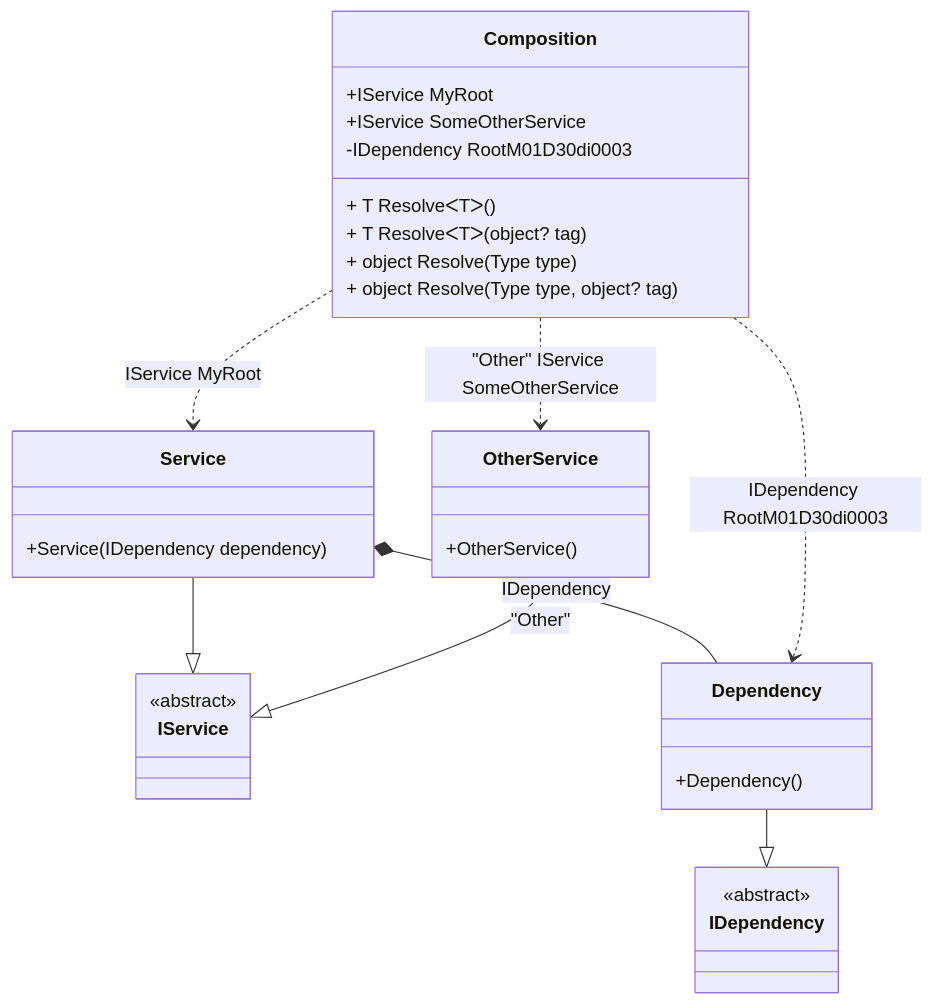
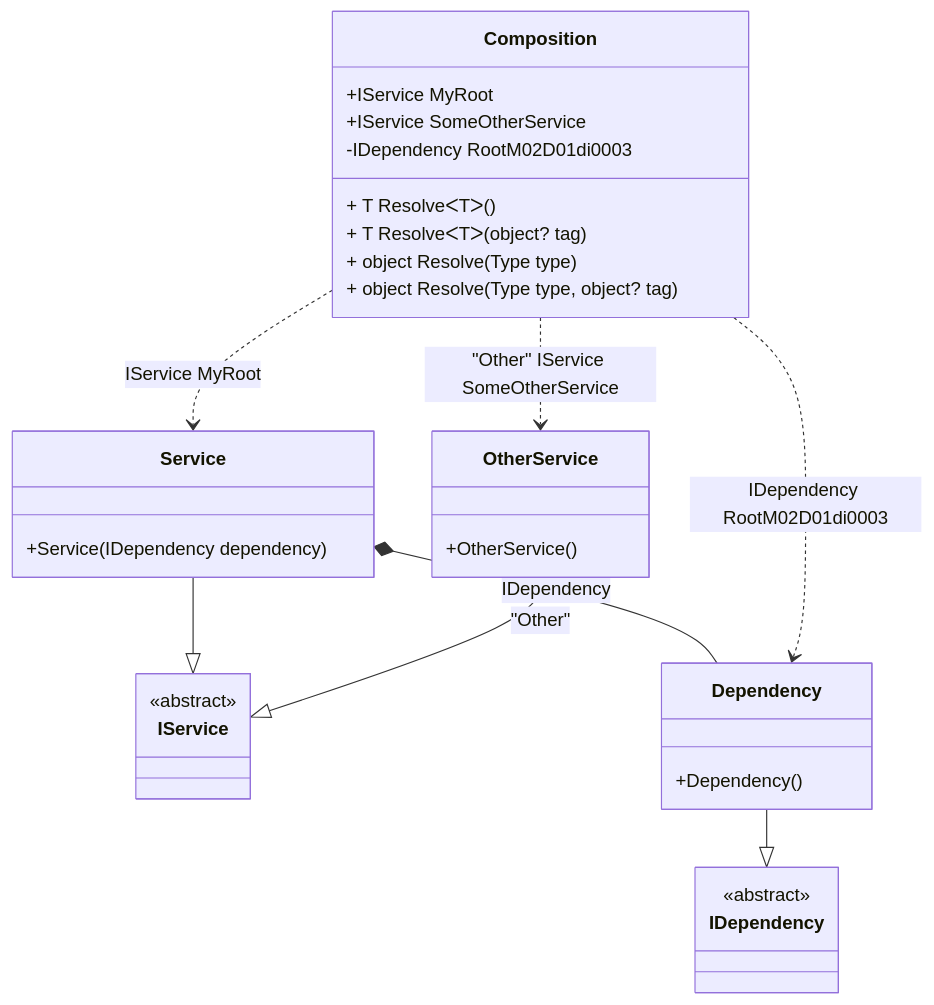
Before and after one commit to DevTeam/Pure.DI: the diagram in readme/composition-roots.md, drawn with Mermaid. The commit also changed other lines of this file and 80 other files, not shown here.

````diff
--- a/readme/composition-roots.md
+++ b/readme/composition-roots.md
@@ -66,34 +66,34 @@
 ```mermaid
 classDiagram
   class Composition {
     +IService MyRoot
     +IService SomeOtherService
-    -IDependency RootM01D30di0003
+    -IDependency RootM02D01di0003
     + T ResolveᐸTᐳ()
     + T ResolveᐸTᐳ(object? tag)
     + object Resolve(Type type)
     + object Resolve(Type type, object? tag)
   }
   Service --|> IService : 
   class Service {
     +Service(IDependency dependency)
   }
   OtherService --|> IService : "Other" 
   class OtherService {
     +OtherService()
   }
   Dependency --|> IDependency : 
   class Dependency {
     +Dependency()
   }
   class IService {
     <<abstract>>
   }
   class IDependency {
     <<abstract>>
   }
   Service *--  Dependency : IDependency
   Composition ..> Service : IService MyRoot
   Composition ..> OtherService : "Other" IService SomeOtherService
-  Composition ..> Dependency : IDependency RootM01D30di0003
+  Composition ..> Dependency : IDependency RootM02D01di0003
 ```
````
